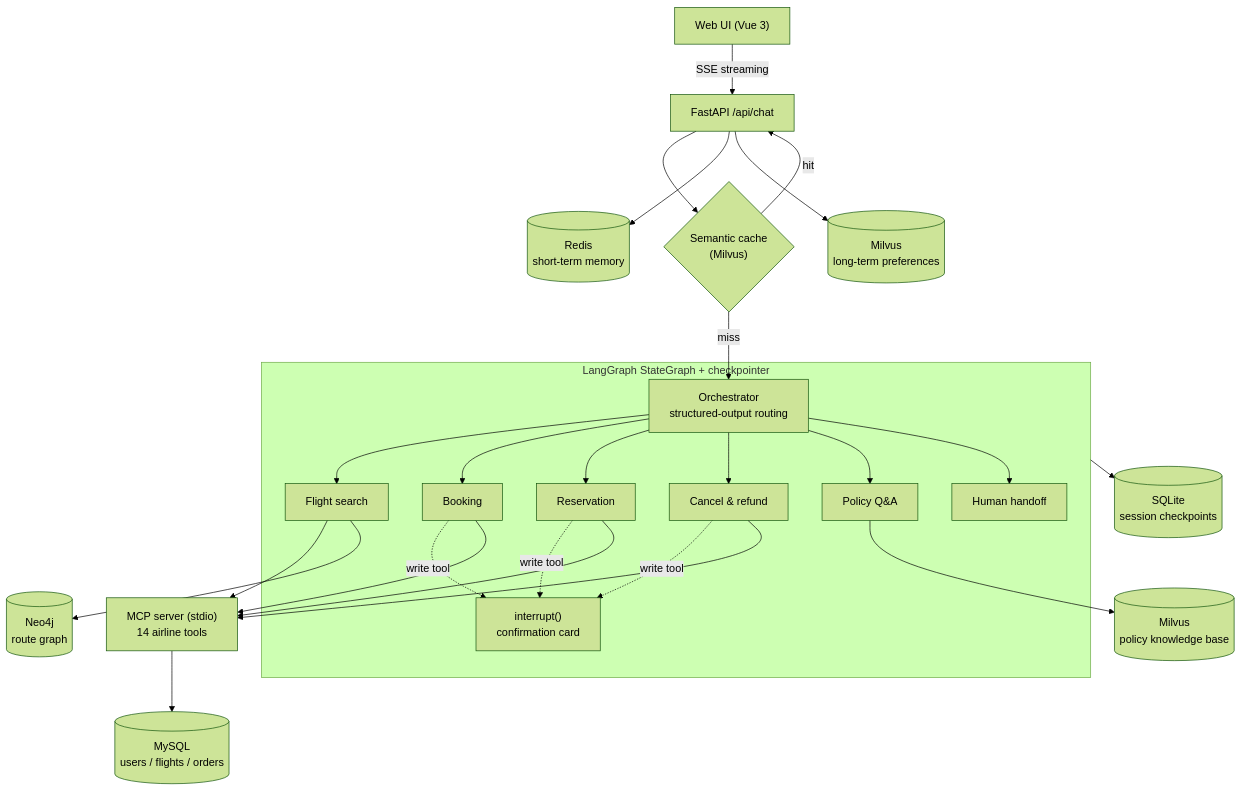
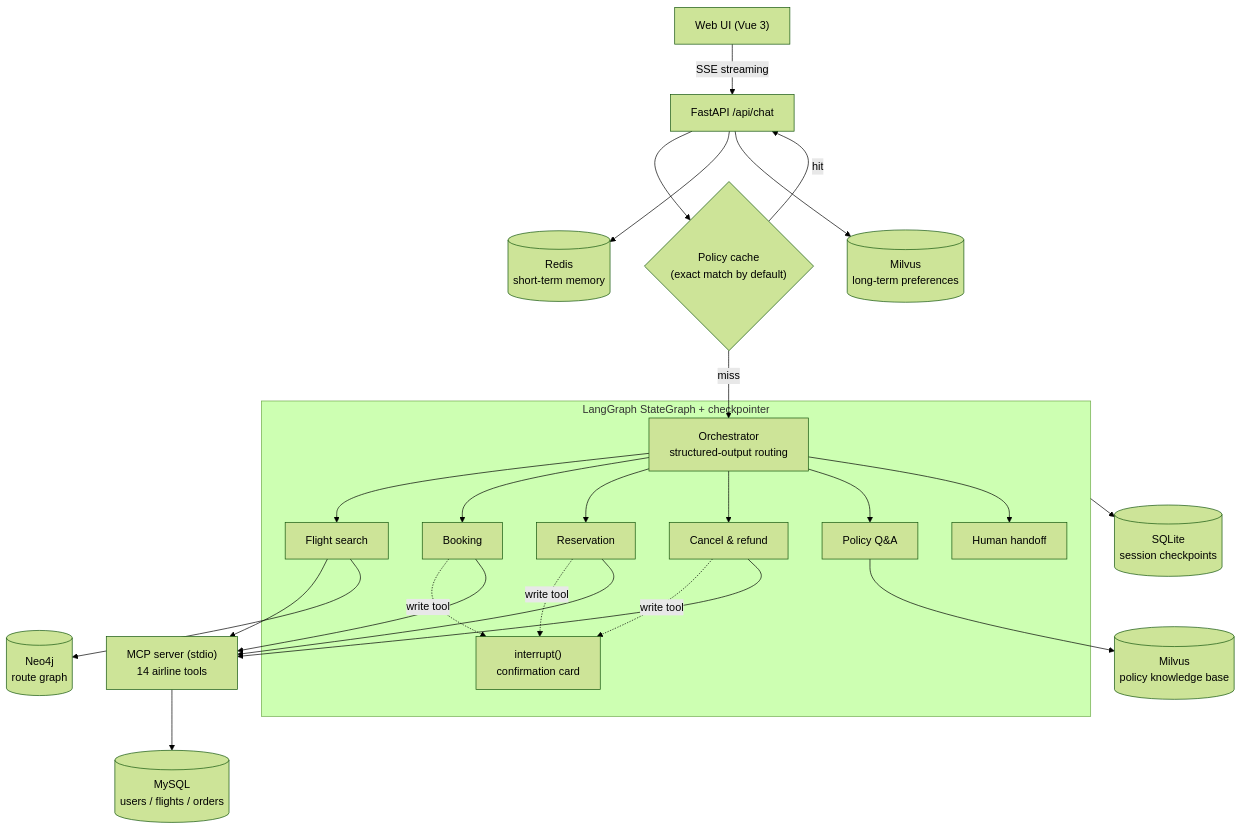
Before and after one commit to qingyg086/wingdesk: the diagram in README.md, drawn with Mermaid (forest theme). The commit also changed other lines of this file and 19 other files, not shown here.

Commit message:
fix: answer only exact policy cache hits

````diff
--- a/README.md
+++ b/README.md
@@ -38,26 +38,26 @@
 ```mermaid
 flowchart TB
     U["Web UI (Vue 3)"] -- "SSE streaming" --> API["FastAPI /api/chat"]
-    API --> SC{"Semantic cache<br/>(Milvus)"}
+    API --> SC{"Policy cache<br/>(exact match by default)"}
     SC -- "hit" --> API
     SC -- "miss" --> O
 
     subgraph G["LangGraph StateGraph + checkpointer"]
         O["Orchestrator<br/>structured-output routing"]
         O --> FS["Flight search"]
         O --> BK["Booking"]
         O --> RS["Reservation"]
         O --> CR["Cancel & refund"]
         O --> PO["Policy Q&A"]
         O --> HH["Human handoff"]
         BK & RS & CR -. "write tool" .-> HITL["interrupt()<br/>confirmation card"]
     end
 
     FS & BK & RS & CR --> MCP["MCP server (stdio)<br/>14 airline tools"]
     MCP --> MY[("MySQL<br/>users / flights / orders")]
     FS --> NEO[("Neo4j<br/>route graph")]
     PO --> MVP[("Milvus<br/>policy knowledge base")]
     API --> RD[("Redis<br/>short-term memory")]
     API --> MVL[("Milvus<br/>long-term preferences")]
     G --> SQ[("SQLite<br/>session checkpoints")]
 ```
````
